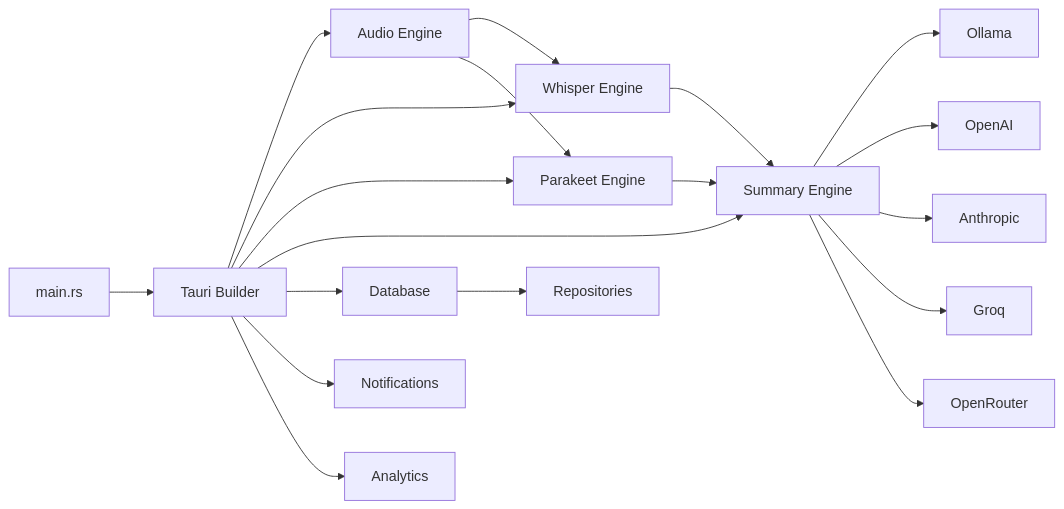
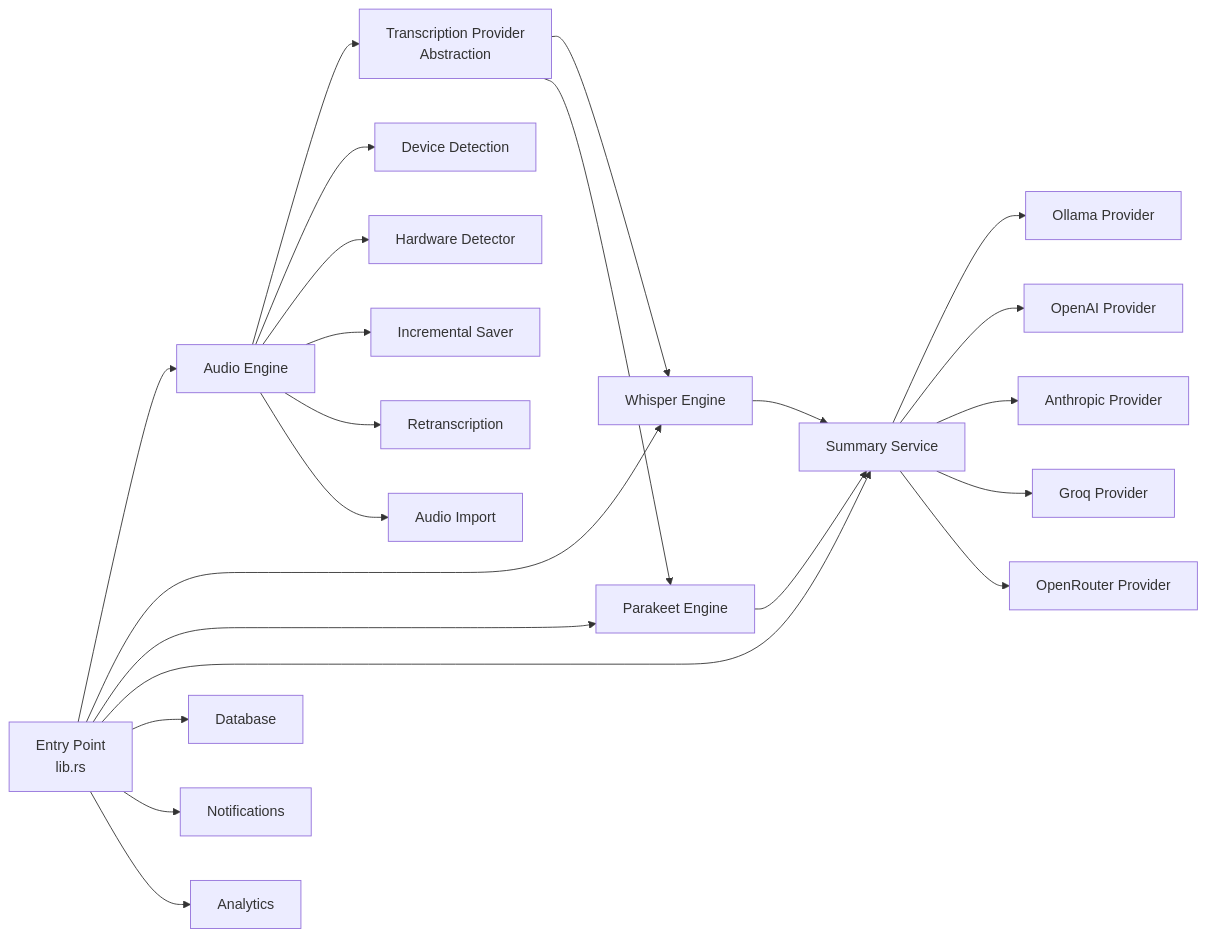
The diagram in docs/CODEBASE_MAP_MODULES.md (MPGek/meetily-mpg), drawn with Mermaid before and after one commit. The commit also changed other lines of this file and 57 other files, not shown here.

````diff
--- a/docs/CODEBASE_MAP_MODULES.md
+++ b/docs/CODEBASE_MAP_MODULES.md
@@ -12,24 +12,29 @@
 ```mermaid
 graph LR
-    Main[main.rs] --> Tauri[Tauri Builder]
-    Tauri --> Audio[Audio Engine]
-    Tauri --> Whisper[Whisper Engine]
-    Tauri --> Parakeet[Parakeet Engine]
-    Tauri --> Summary[Summary Engine]
-    Tauri --> DB[Database]
-    Tauri --> Notifications[Notifications]
-    Tauri --> Analytics[Analytics]
+    A[Entry Point<br/>lib.rs] --> B[Audio Engine]
+    A --> C[Whisper Engine]
+    A --> D[Parakeet Engine]
+    A --> E[Summary Service]
+    A --> F[Database]
+    A --> G[Notifications]
+    A --> H[Analytics]
     
-    Audio --> Whisper
-    Audio --> Parakeet
-    Whisper --> Summary
-    Parakeet --> Summary
+    B --> I[Transcription Provider<br/>Abstraction]
+    I --> C
+    I --> D
     
-    Summary --> Ollama[Ollama]
-    Summary --> OpenAI[OpenAI]
-    Summary --> Anthropic[Anthropic]
-    Summary --> Groq[Groq]
-    Summary --> OpenRouter[OpenRouter]
+    C --> E
+    D --> E
     
-    DB --> Repos[Repositories]
+    E --> J[Ollama Provider]
+    E --> K[OpenAI Provider]
+    E --> L[Anthropic Provider]
+    E --> M[Groq Provider]
+    E --> N[OpenRouter Provider]
+    
+    B --> O[Device Detection]
+    B --> P[Hardware Detector]
+    B --> Q[Incremental Saver]
+    B --> R[Retranscription]
+    B --> S[Audio Import]
 ```
````
